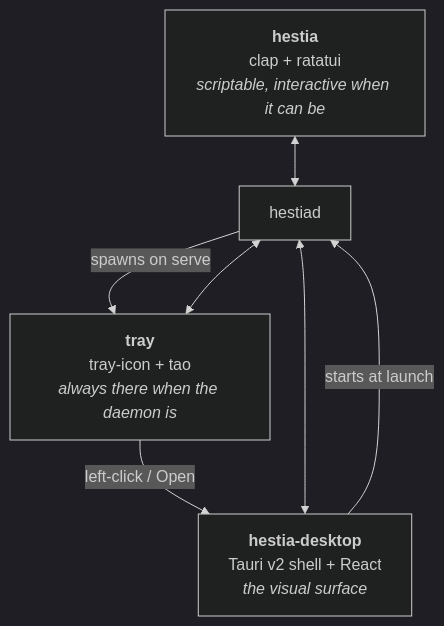
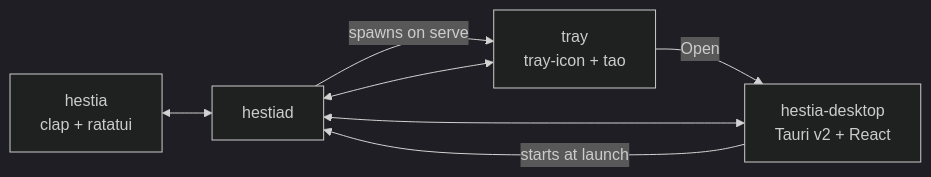
Before and after one commit to prytaneum/hestia: the first of 2 diagrams in docs/architecture/frontends.md, drawn with Mermaid (dark theme). The commit also changed other lines of this file and 11 other files, not shown here.

Commit message:
docs(architecture): describe the current system only

````diff
--- a/docs/architecture/frontends.md
+++ b/docs/architecture/frontends.md
@@ -8,14 +8,9 @@
 ```mermaid
-flowchart TD
-    D["hestiad"]
-    CLI["<b>hestia</b><br/>clap + ratatui<br/><i>scriptable, interactive when it can be</i>"]
-    DESK["<b>hestia-desktop</b><br/>Tauri v2 shell + React<br/><i>the visual surface</i>"]
-    TRAY["<b>tray</b><br/>tray-icon + tao<br/><i>always there when the daemon is</i>"]
-
-    CLI <--> D
-    DESK <--> D
-    TRAY <--> D
-    D -->|spawns on serve| TRAY
-    TRAY -->|left-click / Open| DESK
-    DESK -->|starts at launch| D
+flowchart LR
+    CLI["hestia<br/>clap + ratatui"] <--> D["hestiad"]
+    DESK["hestia-desktop<br/>Tauri v2 + React"] <--> D
+    TRAY["tray<br/>tray-icon + tao"] <--> D
+    D -->|"spawns on serve"| TRAY
+    TRAY -->|"Open"| DESK
+    DESK -->|"starts at launch"| D
 ```
````
